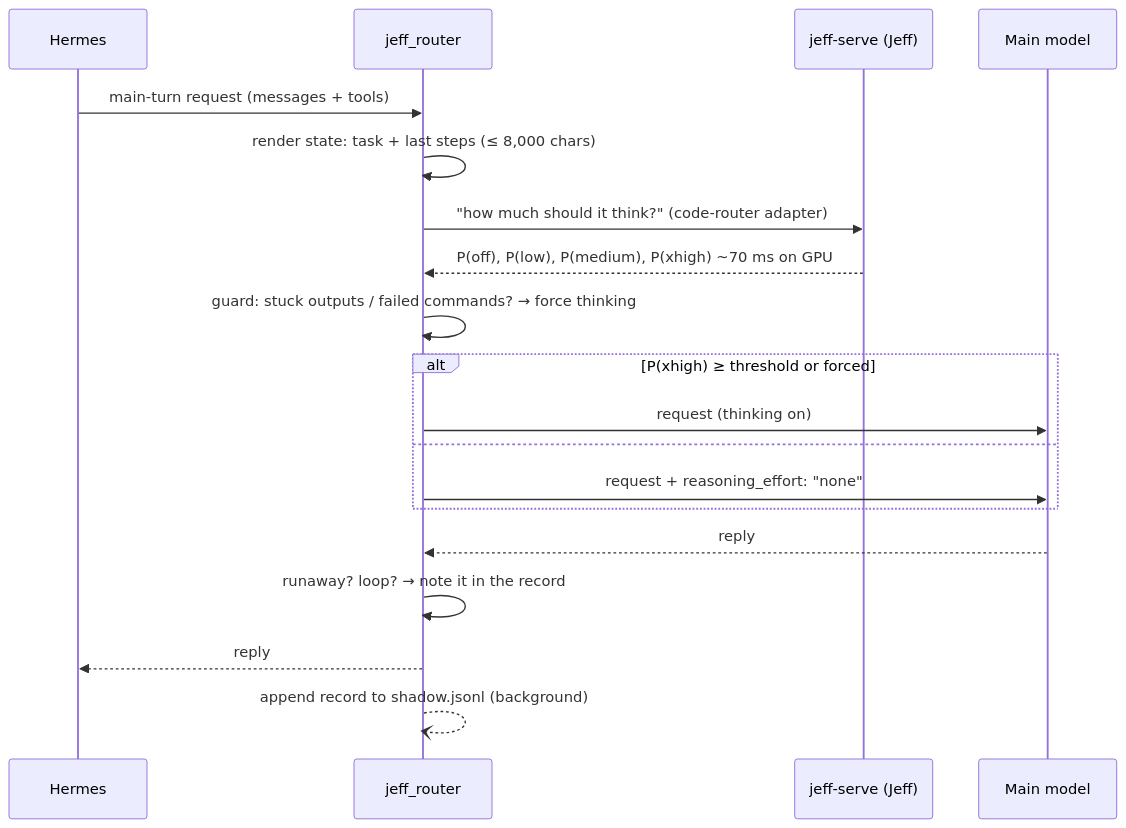
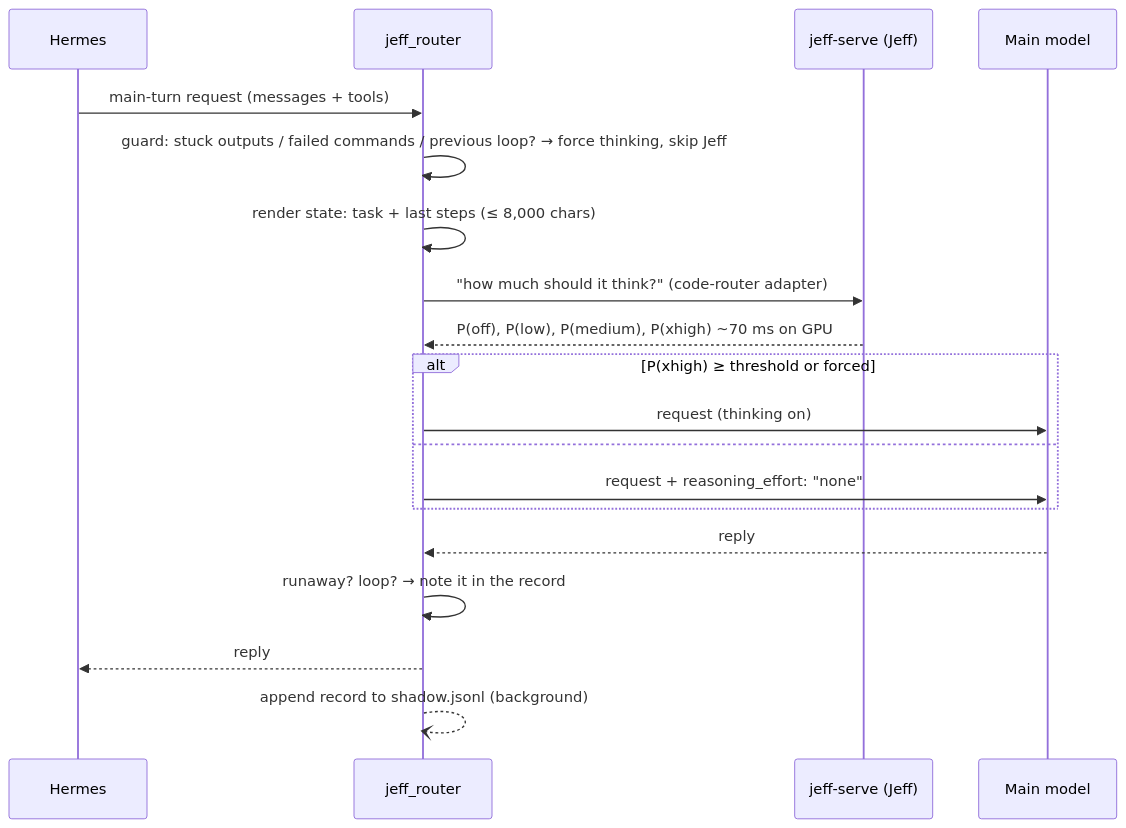
One commit to chadcox/jeff-hermes changed the diagram in docs/how-it-works.md. Above: the diagram before and after it, drawn with Mermaid. The commit also changed other lines of this file and 16 other files, not shown here.

````diff
--- a/docs/how-it-works.md
+++ b/docs/how-it-works.md
@@ -13,22 +13,22 @@
 ```mermaid
 sequenceDiagram
     participant H as Hermes
     participant P as jeff_router
     participant J as jeff-serve (Jeff)
     participant M as Main model
 
     H->>P: main-turn request (messages + tools)
+    P->>P: guard: stuck outputs / failed commands / previous loop? → force thinking, skip Jeff
     P->>P: render state: task + last steps (≤ 8,000 chars)
     P->>J: "how much should it think?" (code-router adapter)
     J-->>P: P(off), P(low), P(medium), P(xhigh)  ~70 ms on GPU
-    P->>P: guard: stuck outputs / failed commands? → force thinking
     alt P(xhigh) ≥ threshold or forced
         P->>M: request (thinking on)
     else
         P->>M: request + reasoning_effort: "none"
     end
     M-->>P: reply
     P->>P: runaway? loop? → note it in the record
     P-->>H: reply
     P--)P: append record to shadow.jsonl (background)
 ```
````
